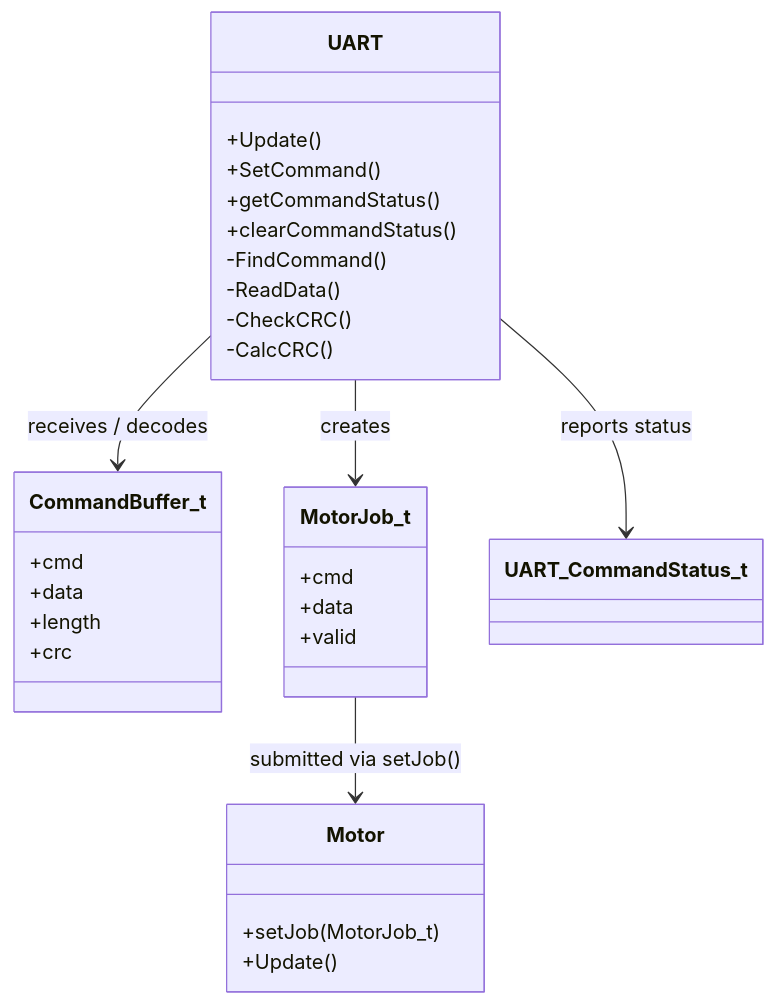
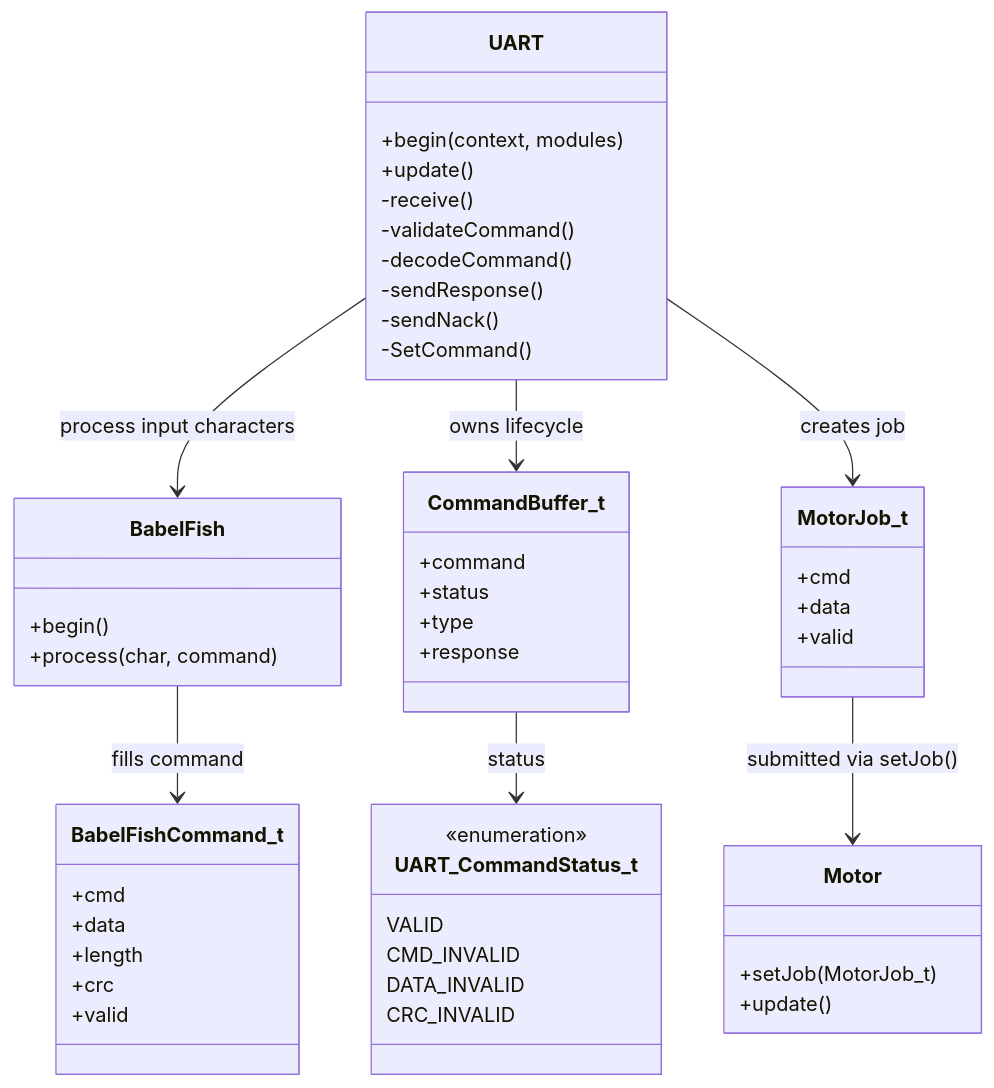
The first of 2 diagrams in FY_Controller_Motor/docs/UART/ClassDiagram.md (ErikaB-sys/Fiddle_yard_UVB), drawn with Mermaid before and after one commit. The commit also changed other lines of this file, not shown here.

Commit message:
docs(UART): align flow documentation with current architecture

````diff
--- a/FY_Controller_Motor/docs/UART/ClassDiagram.md
+++ b/FY_Controller_Motor/docs/UART/ClassDiagram.md
@@ -5,38 +5,59 @@
 ```mermaid
 classDiagram
     class UART {
-        +Update()
-        +SetCommand()
-        +getCommandStatus()
-        +clearCommandStatus()
-        -FindCommand()
-        -ReadData()
-        -CheckCRC()
-        -CalcCRC()
+        +begin(context, modules)
+        +update()
+        -receive()
+        -validateCommand()
+        -decodeCommand()
+        -sendResponse()
+        -sendNack()
+        -SetCommand()
     }
 
-    class CommandBuffer_t {
+    class BabelFish {
+        +begin()
+        +process(char, command)
+    }
+
+    class BabelFishCommand_t {
         +cmd
         +data
         +length
         +crc
+        +valid
+    }
+
+    class UART_CommandStatus_t {
+        <<enumeration>>
+        VALID
+        CMD_INVALID
+        DATA_INVALID
+        CRC_INVALID
+    }
+
+    class CommandBuffer_t {
+        +command
+        +status
+        +type
+        +response
     }
 
     class MotorJob_t {
         +cmd
         +data
         +valid
     }
 
     class Motor {
         +setJob(MotorJob_t)
-        +Update()
+        +update()
     }
 
-    class UART_CommandStatus_t
-
-    UART --> CommandBuffer_t : receives / decodes
-    UART --> UART_CommandStatus_t : reports status
-    UART --> MotorJob_t : creates
+    UART --> BabelFish : process input characters
+    BabelFish --> BabelFishCommand_t : fills command
+    UART --> CommandBuffer_t : owns lifecycle
+    CommandBuffer_t --> UART_CommandStatus_t : status
+    UART --> MotorJob_t : creates job
     MotorJob_t --> Motor : submitted via setJob()
 ```
````
